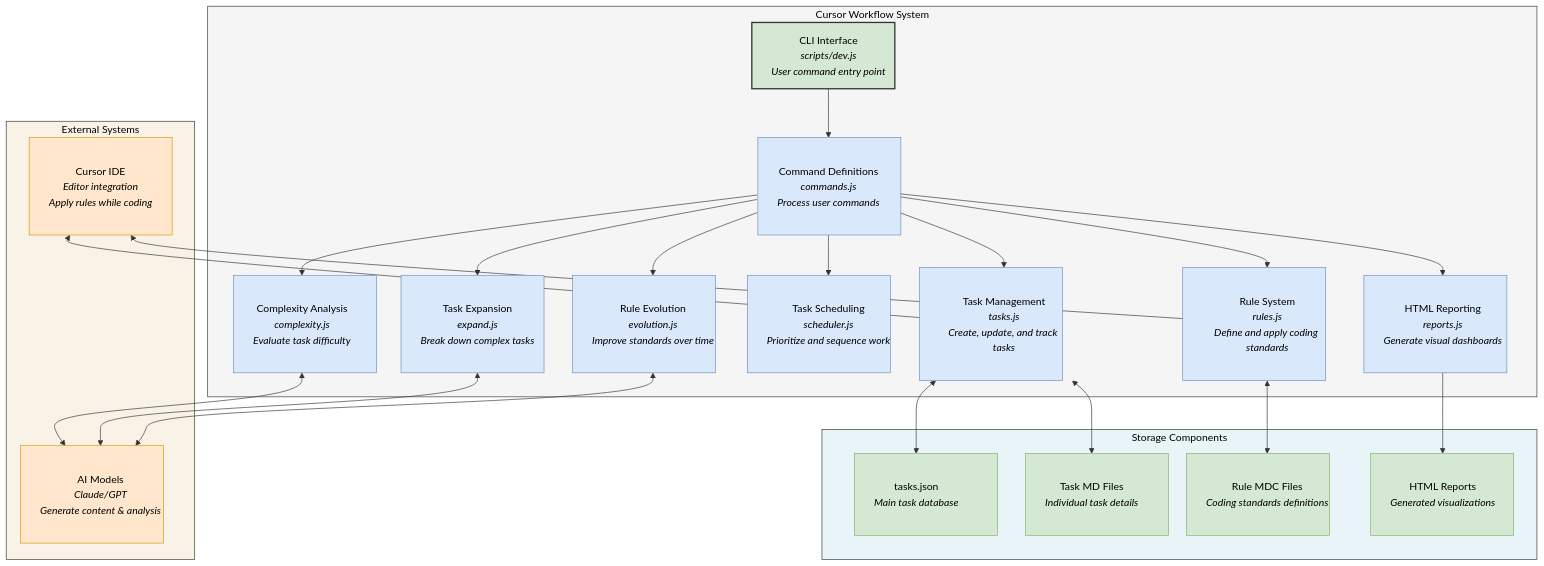
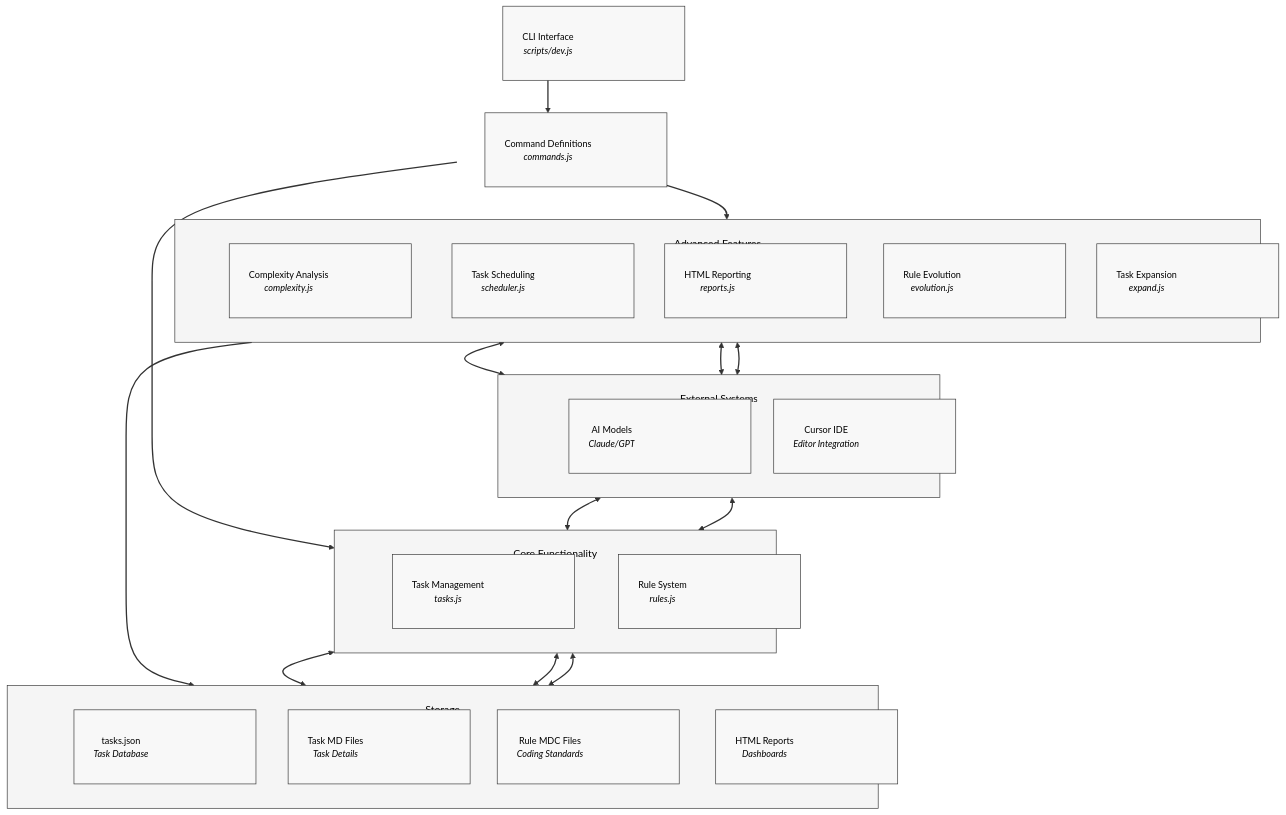
Before and after one commit to colours93/cursor_workflow: the first of 5 diagrams in docs/workflow-guide.md, drawn with Mermaid. The commit also changed other lines of this file, not shown here.

Commit message:
Completely redesign system architecture diagram for better readability

````diff
--- a/docs/workflow-guide.md
+++ b/docs/workflow-guide.md
@@ -159,61 +159,72 @@
 ```mermaid
-graph TD
-    subgraph System ["Cursor Workflow System"]
-        CLI["CLI Interface<br><i>scripts/dev.js</i><br><i>User command entry point</i>"]
-        Tasks["Task Management<br><i>tasks.js</i><br><i>Create, update, and track tasks</i>"]
-        Rules["Rule System<br><i>rules.js</i><br><i>Define and apply coding standards</i>"]
-        Analysis["Complexity Analysis<br><i>complexity.js</i><br><i>Evaluate task difficulty</i>"]
-        Scheduler["Task Scheduling<br><i>scheduler.js</i><br><i>Prioritize and sequence work</i>"]
-        Reports["HTML Reporting<br><i>reports.js</i><br><i>Generate visual dashboards</i>"]
-        Evolution["Rule Evolution<br><i>evolution.js</i><br><i>Improve standards over time</i>"]
-        Expand["Task Expansion<br><i>expand.js</i><br><i>Break down complex tasks</i>"]
-        Commands["Command Definitions<br><i>commands.js</i><br><i>Process user commands</i>"]
+flowchart TD
+    %% Main CLI interface
+    CLI["CLI Interface<br><i>scripts/dev.js</i>"]
+    
+    %% Command layer
+    Commands["Command Definitions<br><i>commands.js</i>"]
+    
+    %% Core modules
+    subgraph CoreModules["Core Functionality"]
+        direction TB
+        Tasks["Task Management<br><i>tasks.js</i>"]
+        Rules["Rule System<br><i>rules.js</i>"]
     end
     
-    subgraph Storage ["Storage Components"]
-        TasksJSON["tasks.json<br><i>Main task database</i>"]
-        TaskFiles["Task MD Files<br><i>Individual task details</i>"]
-        RuleFiles["Rule MDC Files<br><i>Coding standards definitions</i>"]
-        HTMLReports["HTML Reports<br><i>Generated visualizations</i>"]
+    %% Advanced modules
+    subgraph AdvancedModules["Advanced Features"]
+        direction TB
+        Analysis["Complexity Analysis<br><i>complexity.js</i>"]
+        Scheduler["Task Scheduling<br><i>scheduler.js</i>"]
+        Reports["HTML Reporting<br><i>reports.js</i>"]
+        Evolution["Rule Evolution<br><i>evolution.js</i>"]
+        Expand["Task Expansion<br><i>expand.js</i>"]
     end
     
-    subgraph External ["External Systems"]
-        LLMAPI["AI Models<br><i>Claude/GPT</i><br><i>Generate content & analysis</i>"]
-        IDE["Cursor IDE<br><i>Editor integration</i><br><i>Apply rules while coding</i>"]
+    %% Storage elements
+    subgraph StorageSystem["Storage"]
+        direction TB
+        TasksJSON["tasks.json<br><i>Task Database</i>"]
+        TaskFiles["Task MD Files<br><i>Task Details</i>"]
+        RuleFiles["Rule MDC Files<br><i>Coding Standards</i>"]
+        HTMLReports["HTML Reports<br><i>Dashboards</i>"]
     end
     
-    CLI --> Commands
-    Commands --> Tasks
-    Commands --> Rules
-    Commands --> Analysis
-    Commands --> Scheduler
-    Commands --> Reports
-    Commands --> Evolution
-    Commands --> Expand
+    %% External systems
+    subgraph ExternalSystems["External Systems"]
+        direction TB
+        LLMAPI["AI Models<br><i>Claude/GPT</i>"]
+        IDE["Cursor IDE<br><i>Editor Integration</i>"]
+    end
     
+    %% Main flow
+    CLI ==> Commands
+    
+    %% Command connections
+    Commands ==> CoreModules
+    Commands ==> AdvancedModules
+    
+    %% Storage connections
     Tasks <--> TasksJSON
     Tasks <--> TaskFiles
     Rules <--> RuleFiles
     Reports --> HTMLReports
     
+    %% External connections
     Analysis <--> LLMAPI
     Expand <--> LLMAPI
     Evolution <--> LLMAPI
     
     IDE <--> Rules
     IDE <--> Tasks
     
-    style System fill:#f5f5f5,stroke:#333,stroke-width:1px,color:black,padding:15px
-    style Storage fill:#e8f4f8,stroke:#333,stroke-width:1px,color:black,padding:15px
-    style External fill:#f9f2e6,stroke:#333,stroke-width:1px,color:black,padding:15px
+    %% Styling
+    classDef default fill:#f8f8f8,stroke:#333,stroke-width:1px,color:black,width:280px,padding:15px,margin:20px,font-size:14px
+    classDef container fill:#f5f5f5,stroke:#333,stroke-width:1px,color:black,padding:20px
     
-    style CLI fill:#d5e8d4,stroke:#333,stroke-width:2px,color:black,width:220px,padding:10px
+    class CLI,Commands default
+    class CoreModules,AdvancedModules,StorageSystem,ExternalSystems container
     
-    classDef module fill:#dae8fc,stroke:#6c8ebf,stroke-width:1px,color:black,width:220px,padding:10px;
-    classDef storage fill:#d5e8d4,stroke:#82b366,stroke-width:1px,color:black,width:220px,padding:10px;
-    classDef external fill:#ffe6cc,stroke:#d79b00,stroke-width:1px,color:black,width:220px,padding:10px;
-    
-    class Tasks,Rules,Analysis,Scheduler,Reports,Evolution,Expand,Commands module;
-    class TasksJSON,TaskFiles,RuleFiles,HTMLReports storage;
-    class LLMAPI,IDE external;
+    %% Connection styling
+    linkStyle default stroke:#333,stroke-width:2px
 ```
````
